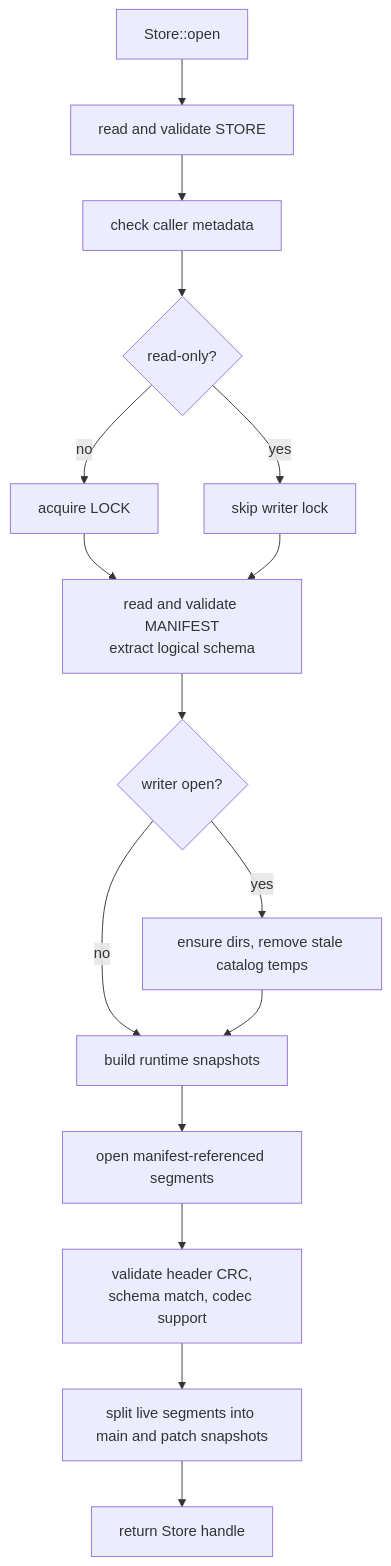
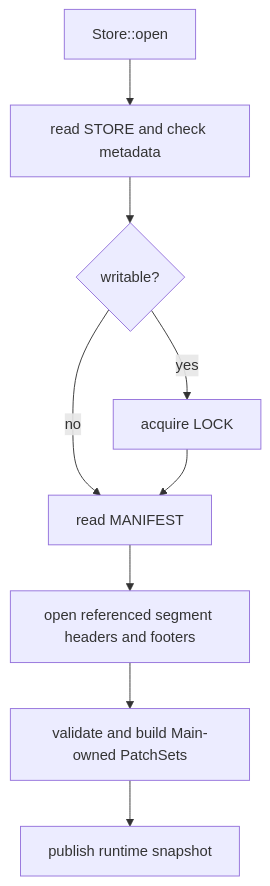
The first of 2 diagrams in crates/segment-cache-store/docs/design/04-operations.md (wangl-cc/evo-ssa-tools), drawn with Mermaid before and after one commit. The commit also changed other lines of this file and 11 other files, not shown here.

Commit message:
docs(segment-cache-store): define target cache semantics

````diff
--- a/crates/segment-cache-store/docs/design/04-operations.md
+++ b/crates/segment-cache-store/docs/design/04-operations.md
@@ -9,18 +7,11 @@
 ```mermaid
 flowchart TD
-  Start["Store::open"] --> Descriptor["read and validate STORE"]
-  Descriptor --> Metadata["check caller metadata"]
-  Metadata --> LockChoice{"read-only?"}
-  LockChoice -->|no| WriterLock["acquire LOCK"]
-  LockChoice -->|yes| NoLock["skip writer lock"]
-  WriterLock --> Manifest["read and validate MANIFEST<br/>extract logical schema"]
-  NoLock --> Manifest
-  Manifest --> Housekeeping{"writer open?"}
-  Housekeeping -->|yes| CatalogTemps["ensure dirs, remove stale catalog temps"]
-  Housekeeping -->|no| Build["build runtime snapshots"]
-  CatalogTemps --> Build
-  Build --> OpenSegments["open manifest-referenced segments"]
-  OpenSegments --> ValidateHeader["validate header CRC,<br/>schema match, codec support"]
-  ValidateHeader --> Split["split live segments into main and patch snapshots"]
-  Split --> Store["return Store handle"]
+  Start["Store::open"] --> StoreFile["read STORE and check metadata"]
+  StoreFile --> Lock{"writable?"}
+  Lock -->|yes| WriterLock["acquire LOCK"]
+  Lock -->|no| Manifest["read MANIFEST"]
+  WriterLock --> Manifest
+  Manifest --> OpenSegments["open referenced segment headers and footers"]
+  OpenSegments --> Group["validate and build Main-owned PatchSets"]
+  Group --> Snapshot["publish runtime snapshot"]
 ```
````
